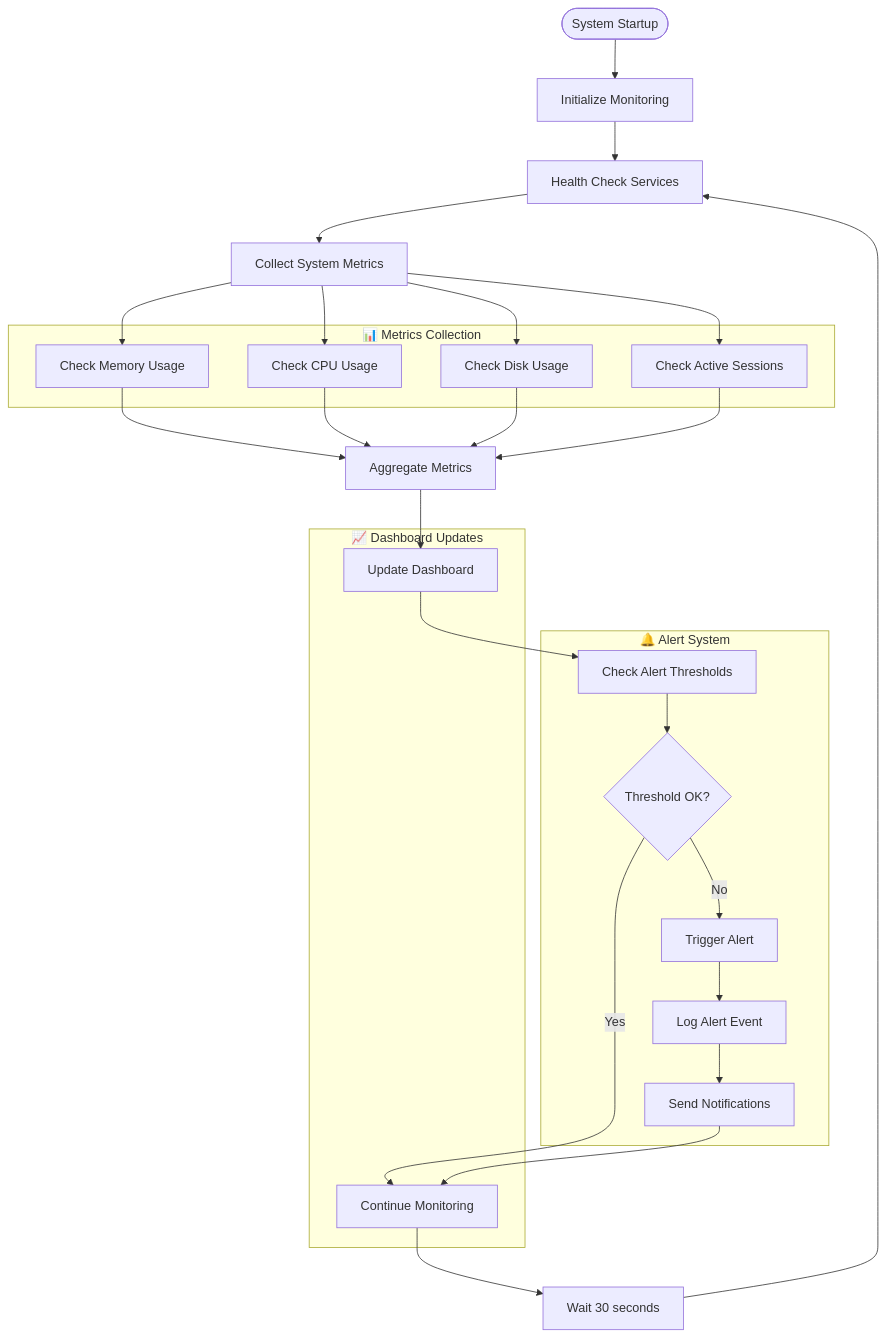
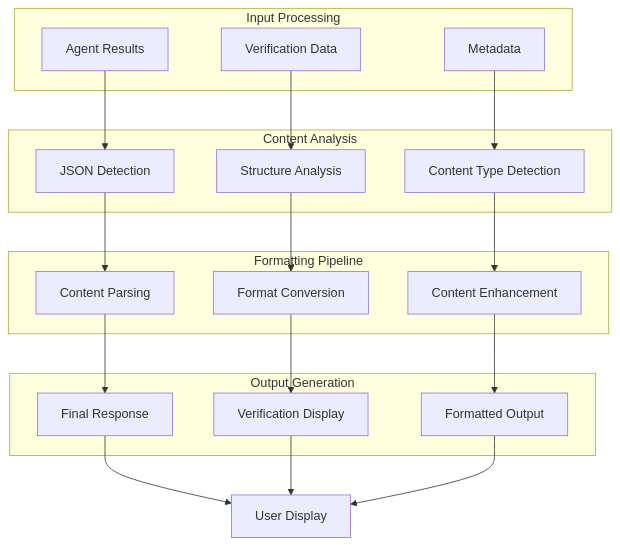
Before and after one commit to ashfrnndz21/AgentOS_Latest_Release: the fourth of 5 diagrams in docs/WORKFLOW_DIAGRAMS.md, drawn with Mermaid. The commit also changed other lines of this file and 6 other files, not shown here.

````diff
--- a/docs/WORKFLOW_DIAGRAMS.md
+++ b/docs/WORKFLOW_DIAGRAMS.md
@@ -183,51 +134,42 @@
 ```mermaid
 flowchart TD
-    START([System Startup]) --> INIT_MONITOR[Initialize Monitoring]
-    
-    INIT_MONITOR --> HEALTH_CHECKS[Health Check Services]
-    HEALTH_CHECKS --> COLLECT_METRICS[Collect System Metrics]
-    
-    COLLECT_METRICS --> MEMORY_CHECK[Check Memory Usage]
-    COLLECT_METRICS --> CPU_CHECK[Check CPU Usage]
-    COLLECT_METRICS --> DISK_CHECK[Check Disk Usage]
-    COLLECT_METRICS --> SESSION_CHECK[Check Active Sessions]
-    
-    MEMORY_CHECK --> METRICS_AGGREGATE[Aggregate Metrics]
-    CPU_CHECK --> METRICS_AGGREGATE
-    DISK_CHECK --> METRICS_AGGREGATE
-    SESSION_CHECK --> METRICS_AGGREGATE
-    
-    METRICS_AGGREGATE --> UPDATE_DASHBOARD[Update Dashboard]
-    UPDATE_DASHBOARD --> ALERT_CHECK[Check Alert Thresholds]
-    
-    ALERT_CHECK --> THRESHOLD_OK{Threshold OK?}
-    THRESHOLD_OK -->|Yes| CONTINUE_MONITOR[Continue Monitoring]
-    THRESHOLD_OK -->|No| TRIGGER_ALERT[Trigger Alert]
-    
-    TRIGGER_ALERT --> LOG_ALERT[Log Alert Event]
-    LOG_ALERT --> NOTIFY[Send Notifications]
-    NOTIFY --> CONTINUE_MONITOR
-    
-    CONTINUE_MONITOR --> WAIT[Wait 30 seconds]
-    WAIT --> HEALTH_CHECKS
-    
-    subgraph "📊 Metrics Collection"
-        MEMORY_CHECK
-        CPU_CHECK
-        DISK_CHECK
-        SESSION_CHECK
+    subgraph "Input Processing"
+        AR[Agent Results]
+        VR[Verification Data]
+        MD[Metadata]
     end
     
-    subgraph "🔔 Alert System"
-        ALERT_CHECK
-        THRESHOLD_OK
-        TRIGGER_ALERT
-        LOG_ALERT
-        NOTIFY
+    subgraph "Content Analysis"
+        JD[JSON Detection]
+        ST[Structure Analysis]
+        QT[Content Type Detection]
     end
     
-    subgraph "📈 Dashboard Updates"
-        UPDATE_DASHBOARD
-        CONTINUE_MONITOR
+    subgraph "Formatting Pipeline"
+        CP[Content Parsing]
+        CF[Format Conversion]
+        CE[Content Enhancement]
     end
+    
+    subgraph "Output Generation"
+        FR[Final Response]
+        VD[Verification Display]
+        FF[Formatted Output]
+    end
+    
+    AR --> JD
+    VR --> ST
+    MD --> QT
+    
+    JD --> CP
+    ST --> CF
+    QT --> CE
+    
+    CP --> FR
+    CF --> VD
+    CE --> FF
+    
+    FR --> OUT[User Display]
+    VD --> OUT
+    FF --> OUT
 ```
````
